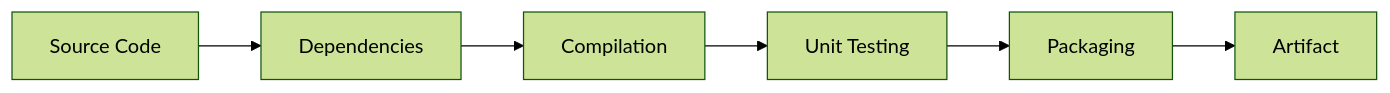
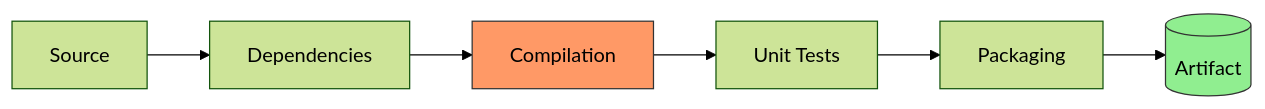
One commit to kloudtechvizag/cloud-devops-interview-prep changed the diagram in build-tools/README.md. Above: the diagram before and after it, drawn with Mermaid (forest theme). The commit also changed other lines of this file and 20 other files, not shown here.

````diff
--- a/build-tools/README.md
+++ b/build-tools/README.md
@@ -30,8 +8,10 @@
 ```mermaid
 graph LR
-    A[Source Code] --> B[Dependencies]
+    A[Source] --> B[Dependencies]
     B --> C[Compilation]
-    C --> D[Unit Testing]
+    C --> D[Unit Tests]
     D --> E[Packaging]
-    E --> F[Artifact]
+    E --> F[(Artifact)]
+    style C fill:#f96,stroke:#333
+    style F fill:#90ee90,stroke:#333
 ```
````
